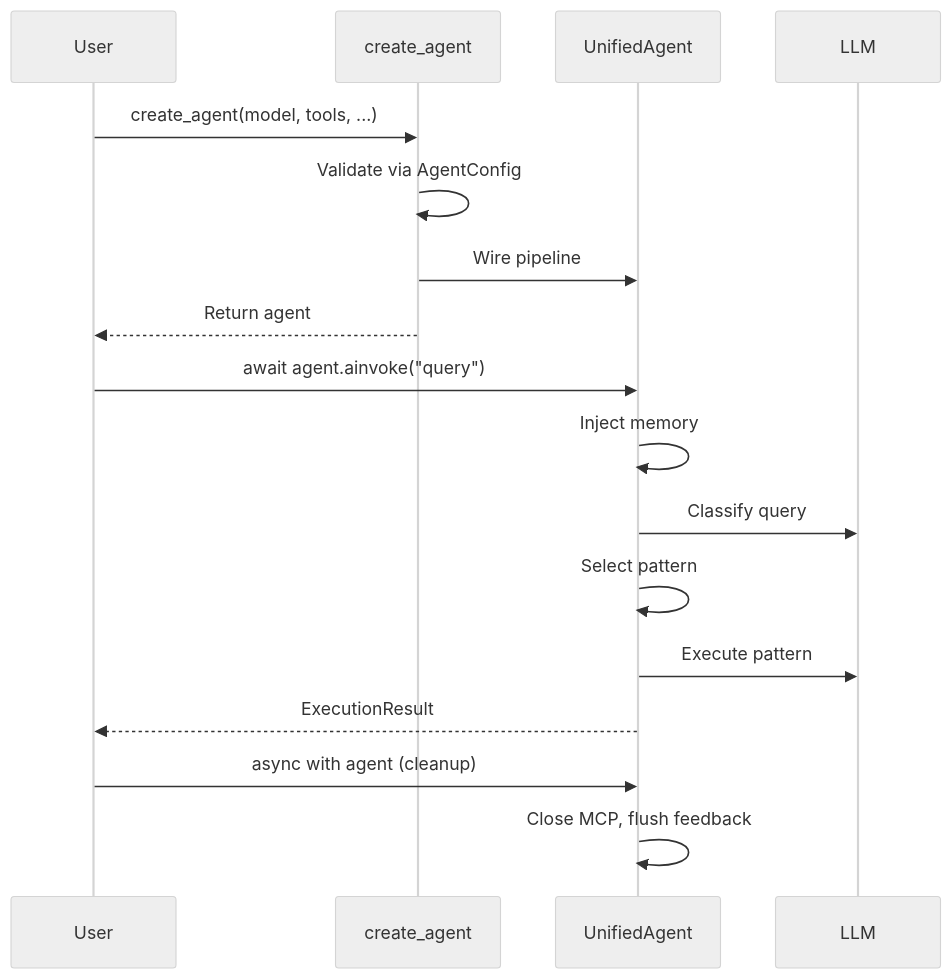
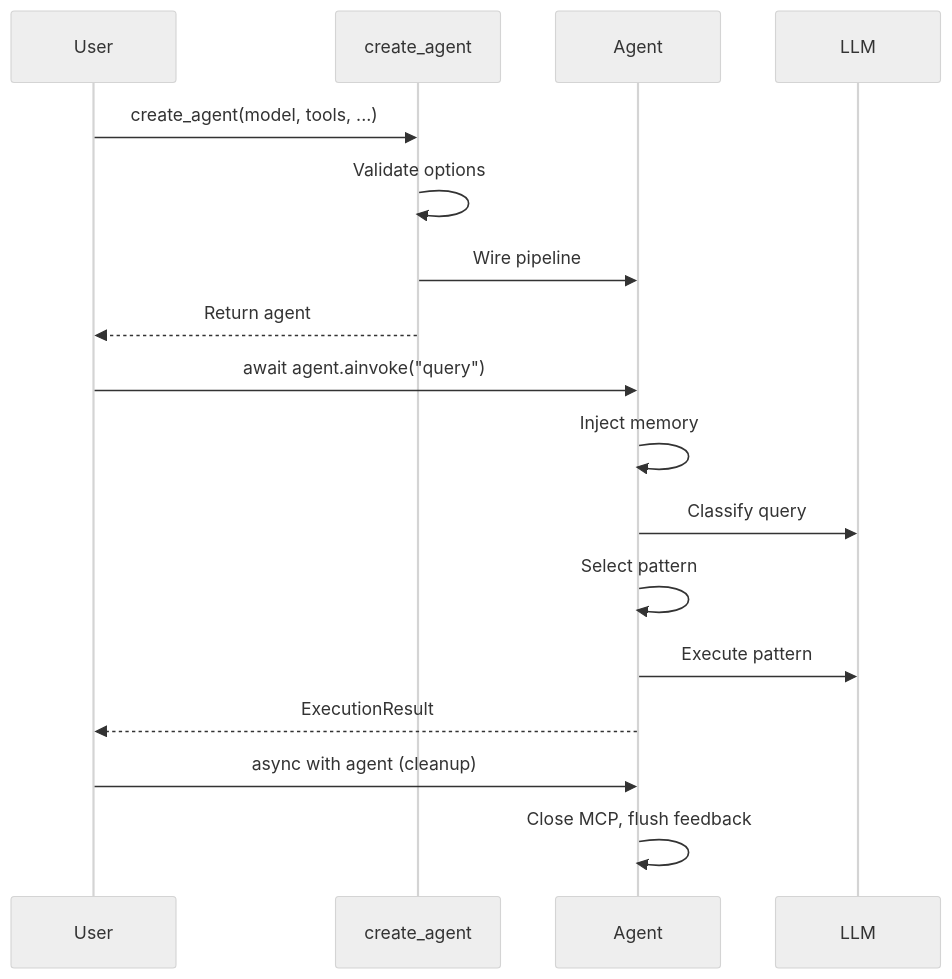
One commit to HELLOMEDHIRA/agloom changed the diagram in agloom/docs/concepts/create-agent.md. Above: the diagram before and after it, drawn with Mermaid (neutral theme). The commit also changed other lines of this file and 131 other files, not shown here.

````diff
--- a/agloom/docs/concepts/create-agent.md
+++ b/agloom/docs/concepts/create-agent.md
@@ -182,22 +185,22 @@
 ```mermaid
 sequenceDiagram
     participant User
     participant create_agent
-    participant UnifiedAgent
+    participant Agent
     participant LLM
 
     User->>create_agent: create_agent(model, tools, ...)
-    create_agent->>create_agent: Validate via AgentConfig
-    create_agent->>UnifiedAgent: Wire pipeline
+    create_agent->>create_agent: Validate options
+    create_agent->>Agent: Wire pipeline
     create_agent-->>User: Return agent
 
-    User->>UnifiedAgent: await agent.ainvoke("query")
-    UnifiedAgent->>UnifiedAgent: Inject memory
-    UnifiedAgent->>LLM: Classify query
-    UnifiedAgent->>UnifiedAgent: Select pattern
-    UnifiedAgent->>LLM: Execute pattern
-    UnifiedAgent-->>User: ExecutionResult
+    User->>Agent: await agent.ainvoke("query")
+    Agent->>Agent: Inject memory
+    Agent->>LLM: Classify query
+    Agent->>Agent: Select pattern
+    Agent->>LLM: Execute pattern
+    Agent-->>User: ExecutionResult
 
-    User->>UnifiedAgent: async with agent (cleanup)
-    UnifiedAgent->>UnifiedAgent: Close MCP, flush feedback
+    User->>Agent: async with agent (cleanup)
+    Agent->>Agent: Close MCP, flush feedback
 ```
````
